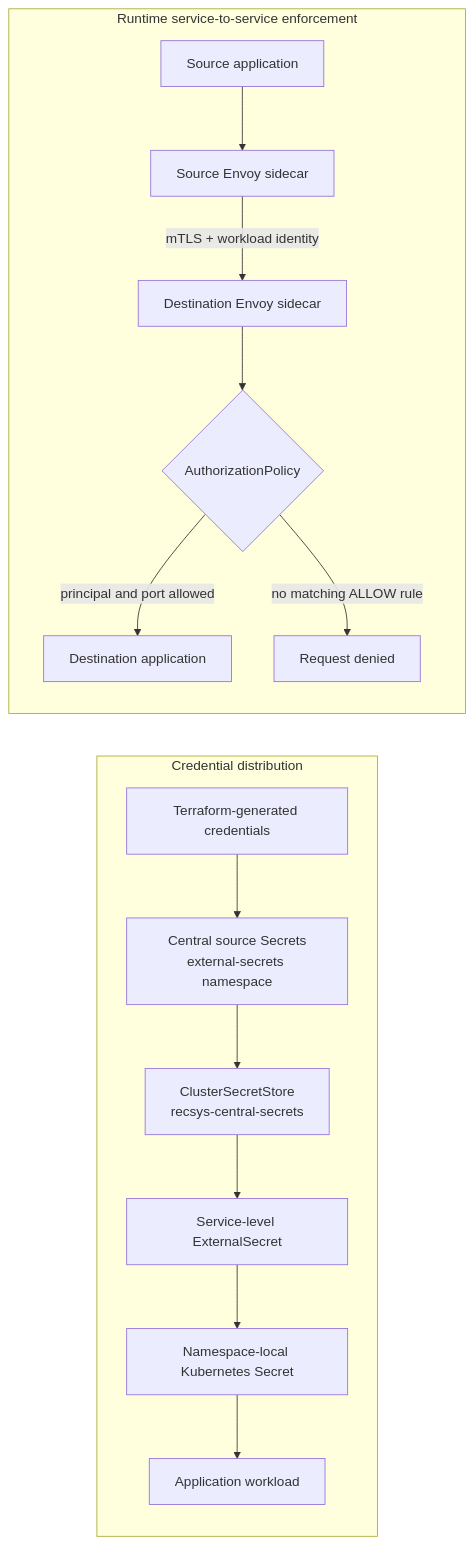
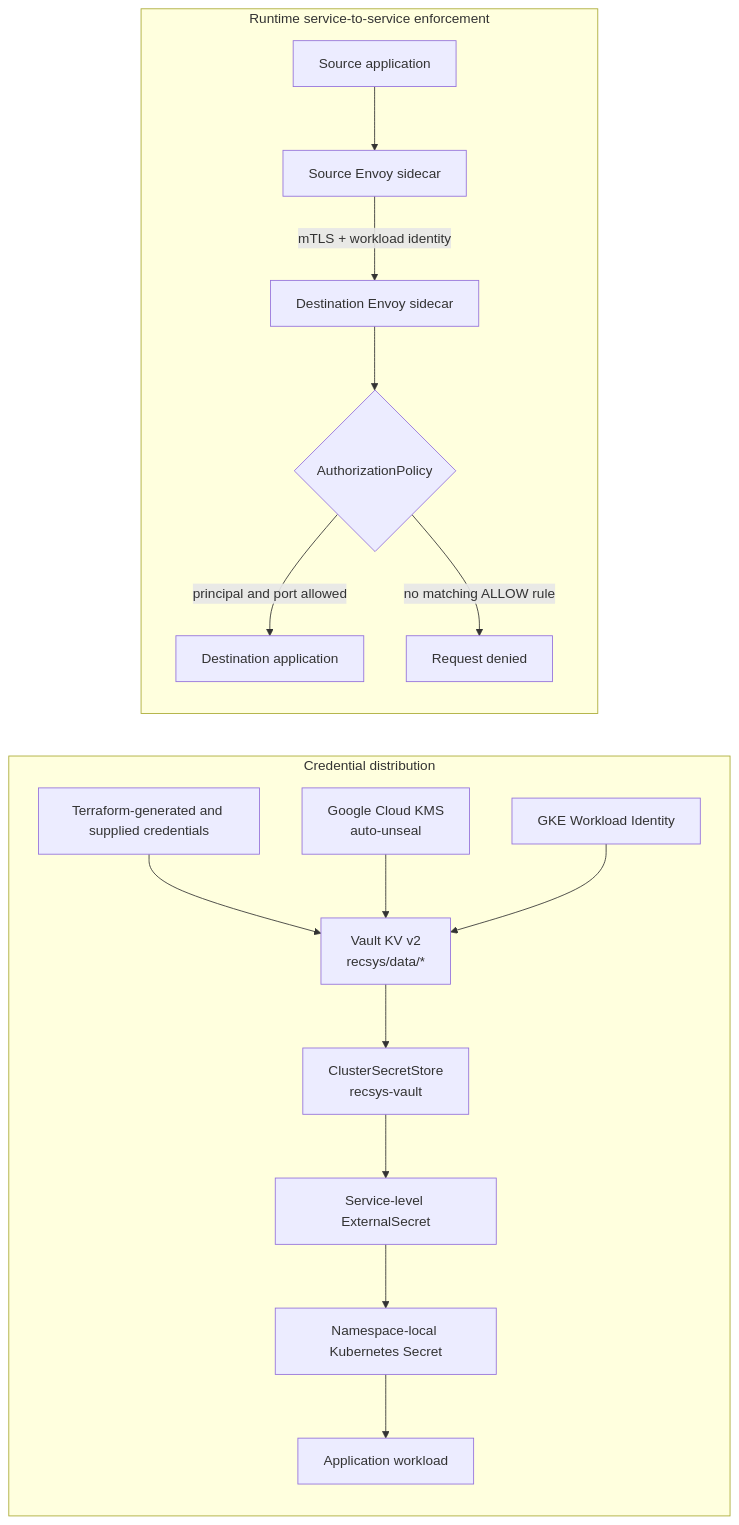
One commit to itsmekhoathekid/RecSys-MLops changed the first of 3 diagrams in docs/submission/rubic-final-coursework-(final-ml)/security.md. Above: the diagram before and after it, drawn with Mermaid. The commit also changed other lines of this file and 439 other files, not shown here.

First line of the commit message:
feat: add Vault-backed secrets and LLM platform

````diff
--- a/docs/submission/rubic-final-coursework-(final-ml)/security.md
+++ b/docs/submission/rubic-final-coursework-(final-ml)/security.md
@@ -16,18 +16,20 @@
 ```mermaid
 flowchart LR
     subgraph SecretDistribution["Credential distribution"]
-        T["Terraform-generated credentials"] --> C["Central source Secrets<br/>external-secrets namespace"]
-        C --> S["ClusterSecretStore<br/>recsys-central-secrets"]
+        T["Terraform-generated and supplied credentials"] --> V["Vault KV v2<br/>recsys/data/*"]
+        KMS["Google Cloud KMS<br/>auto-unseal"] --> V
+        WI["GKE Workload Identity"] --> V
+        V --> S["ClusterSecretStore<br/>recsys-vault"]
         S --> E["Service-level ExternalSecret"]
         E --> K["Namespace-local Kubernetes Secret"]
         K --> W["Application workload"]
     end
 
     subgraph ServiceMesh["Runtime service-to-service enforcement"]
         A["Source application"] --> X["Source Envoy sidecar"]
         X -->|"mTLS + workload identity"| Y["Destination Envoy sidecar"]
         Y --> P{"AuthorizationPolicy"}
         P -->|"principal and port allowed"| D["Destination application"]
         P -->|"no matching ALLOW rule"| R["Request denied"]
     end
 ```
````
